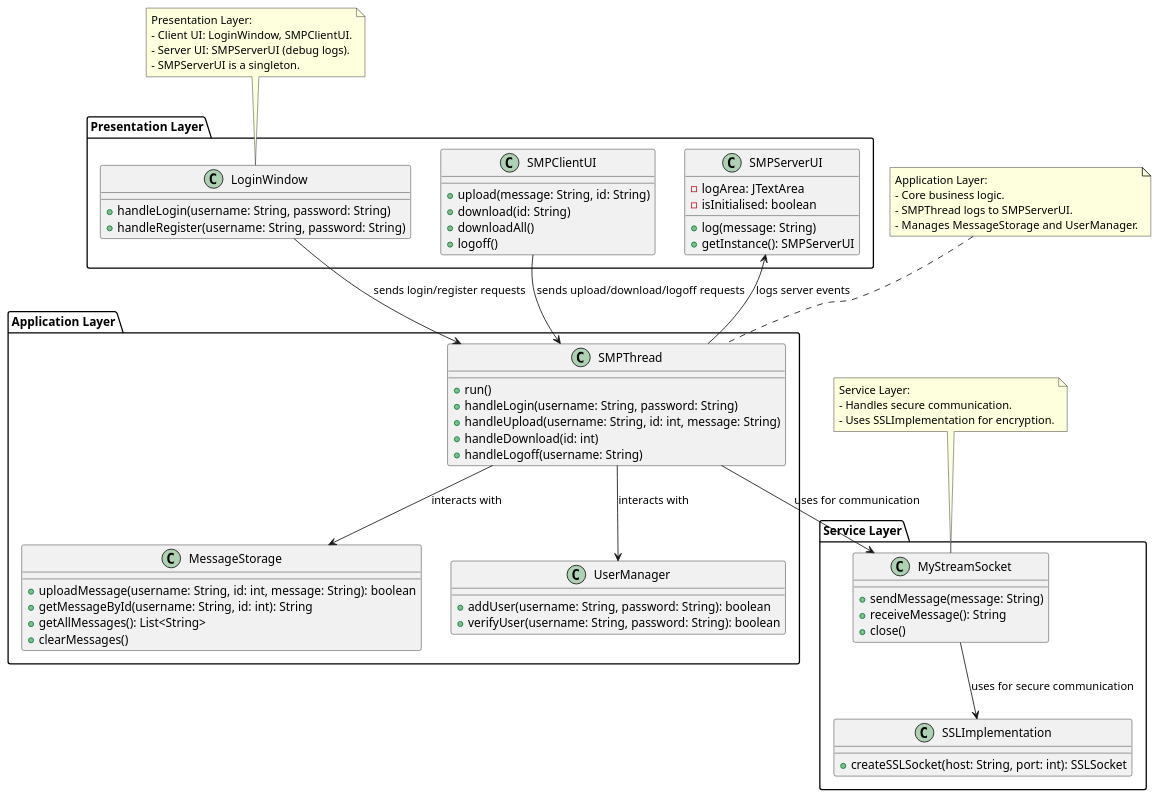
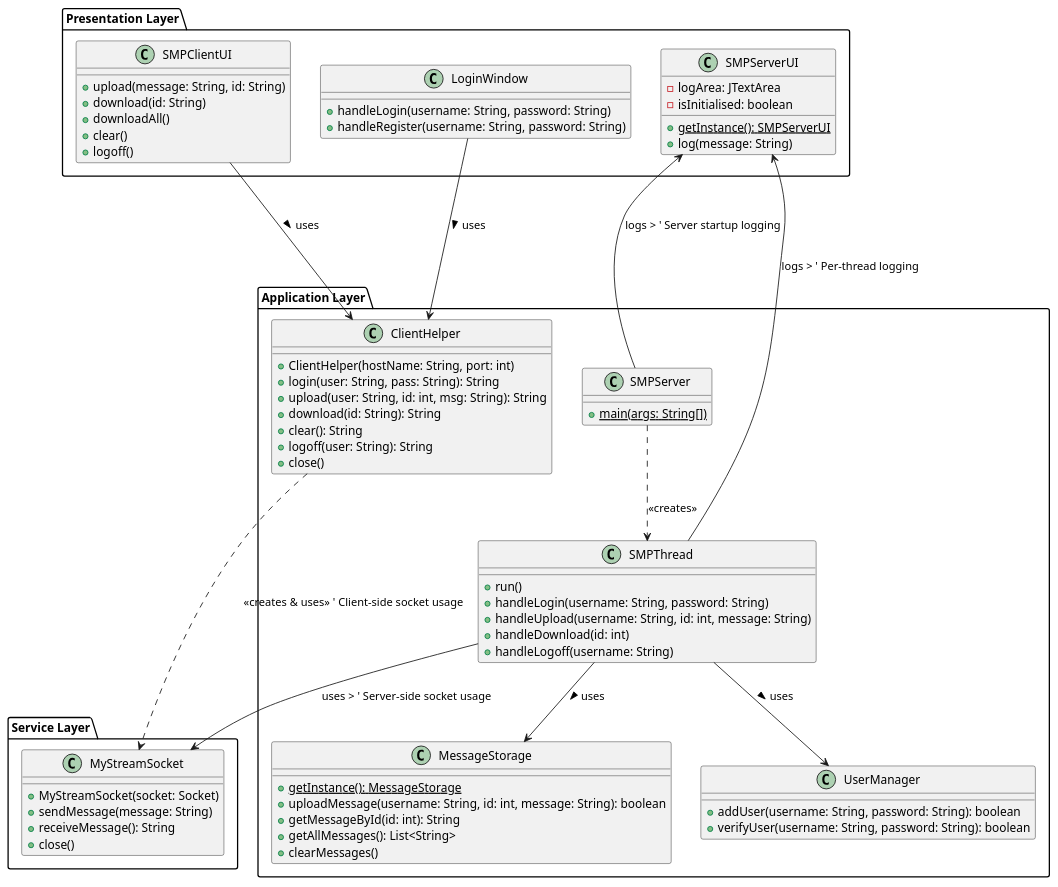
Before and after one commit to Billy-Elsbury/DistributedComputingNew: the diagram in Client Server code/SMP_Project/out/production/SMPClassDiagram.puml, drawn with PlantUML. The commit also changed 10 other files, not shown here.

```diff
--- a/Client Server code/SMP_Project/out/production/SMPClassDiagram.puml
+++ b/Client Server code/SMP_Project/out/production/SMPClassDiagram.puml
@@ -1,83 +1,77 @@
-@startuml SMP_Complete_UML
-' Layers
+@startuml SMP_Application_Adapted_No_Inline_Comments
+
 package "Presentation Layer" {
-    class LoginWindow {
-        +handleLogin(username: String, password: String)
-        +handleRegister(username: String, password: String)
-    }
-    class SMPClientUI {
-        +upload(message: String, id: String)
-        +download(id: String)
-        +downloadAll()
-        +logoff()
-    }
-    class SMPServerUI {
-        -logArea: JTextArea
-        -isInitialised: boolean
-        +log(message: String)
-        +getInstance(): SMPServerUI
-    }
+  class LoginWindow {
+    + handleLogin(username: String, password: String)
+    + handleRegister(username: String, password: String)
+  }
+  class SMPClientUI {
+    + upload(message: String, id: String)
+    + download(id: String)
+    + downloadAll()
+    + clear()
+    + logoff()
+  }
+  class SMPServerUI {
+    - logArea: JTextArea
+    - isInitialised: boolean
+    + {static} getInstance(): SMPServerUI
+    + log(message: String)
+  }
 }
 
 package "Application Layer" {
-    class SMPThread {
-        +run()
-        +handleLogin(username: String, password: String)
-        +handleUpload(username: String, id: int, message: String)
-        +handleDownload(id: int)
-        +handleLogoff(username: String)
-    }
-    class MessageStorage {
-        +uploadMessage(username: String, id: int, message: String): boolean
-        +getMessageById(username: String, id: int): String
-        +getAllMessages(): List<String>
-        +clearMessages()
-    }
-    class UserManager {
-        +addUser(username: String, password: String): boolean
-        +verifyUser(username: String, password: String): boolean
-    }
+  class ClientHelper {
+     + ClientHelper(hostName: String, port: int)
+     + login(user: String, pass: String): String
+     + upload(user: String, id: int, msg: String): String
+     + download(id: String): String
+     + clear(): String
+     + logoff(user: String): String
+     + close()
+  }
+  class SMPThread {
+    + run()
+    + handleLogin(username: String, password: String)
+    + handleUpload(username: String, id: int, message: String)
+    + handleDownload(id: int)
+    + handleLogoff(username: String)
+  }
+  class SMPServer {
+    + {static} main(args: String[])
+  }
+  class MessageStorage {
+    + {static} getInstance(): MessageStorage
+    + uploadMessage(username: String, id: int, message: String): boolean
+    + getMessageById(id: int): String
+    + getAllMessages(): List<String>
+    + clearMessages()
+  }
+  class UserManager {
+    + addUser(username: String, password: String): boolean
+    + verifyUser(username: String, password: String): boolean
+  }
 }
 
 package "Service Layer" {
-    class MyStreamSocket {
-        +sendMessage(message: String)
-        +receiveMessage(): String
-        +close()
-    }
-    class SSLImplementation {
-        +createSSLSocket(host: String, port: int): SSLSocket
-    }
+  class MyStreamSocket {
+    + MyStreamSocket(socket: Socket)
+    + sendMessage(message: String)
+    + receiveMessage(): String
+    + close()
+  }
 }
 
-' Relationships
-LoginWindow --> SMPThread : sends login/register requests
-SMPClientUI --> SMPThread : sends upload/download/logoff requests
-SMPThread --> SMPServerUI : logs server events
-SMPThread --> MessageStorage : interacts with
-SMPThread --> UserManager : interacts with
-SMPThread --> MyStreamSocket : uses for communication
-MyStreamSocket --> SSLImplementation : uses for secure communication
+' Define Relationships
+LoginWindow ---> ClientHelper : uses >
+SMPClientUI ---> ClientHelper : uses >
+SMPThread --> MyStreamSocket : uses > ' Server-side socket usage
+ClientHelper ..> MyStreamSocket : <<creates & uses>> ' Client-side socket usage
+SMPThread --> MessageStorage : uses >
+SMPThread --> UserManager : uses >
+SMPThread --> SMPServerUI : logs > ' Per-thread logging
+SMPServer ..> SMPThread : <<creates>>
+SMPServer --> SMPServerUI : logs > ' Server startup logging
 
-' Notes
-note top of LoginWindow
-  Presentation Layer:
-  - Client UI: LoginWindow, SMPClientUI.
-  - Server UI: SMPServerUI (debug logs).
-  - SMPServerUI is a singleton.
-end note
-
-note top of SMPThread
-  Application Layer:
-  - Core business logic.
-  - SMPThread logs to SMPServerUI.
-  - Manages MessageStorage and UserManager.
-end note
-
-note top of MyStreamSocket
-  Service Layer:
-  - Handles secure communication.
-  - Uses SSLImplementation for encryption.
-end note
 
 @enduml
```
